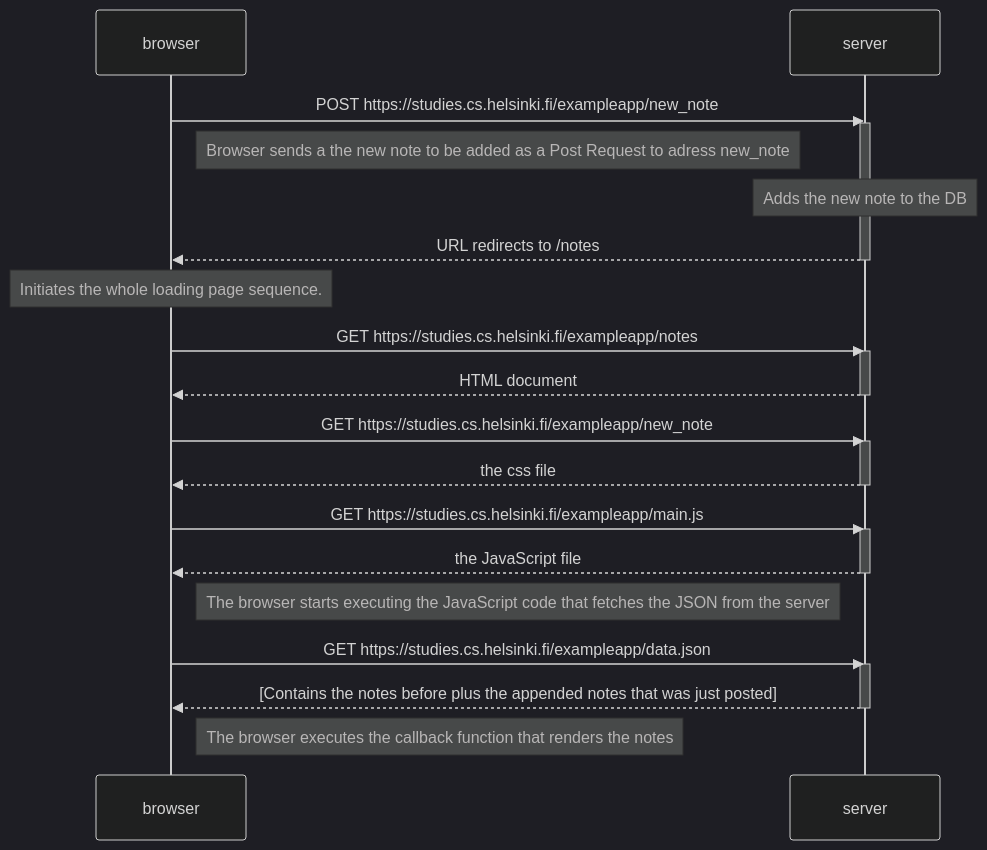
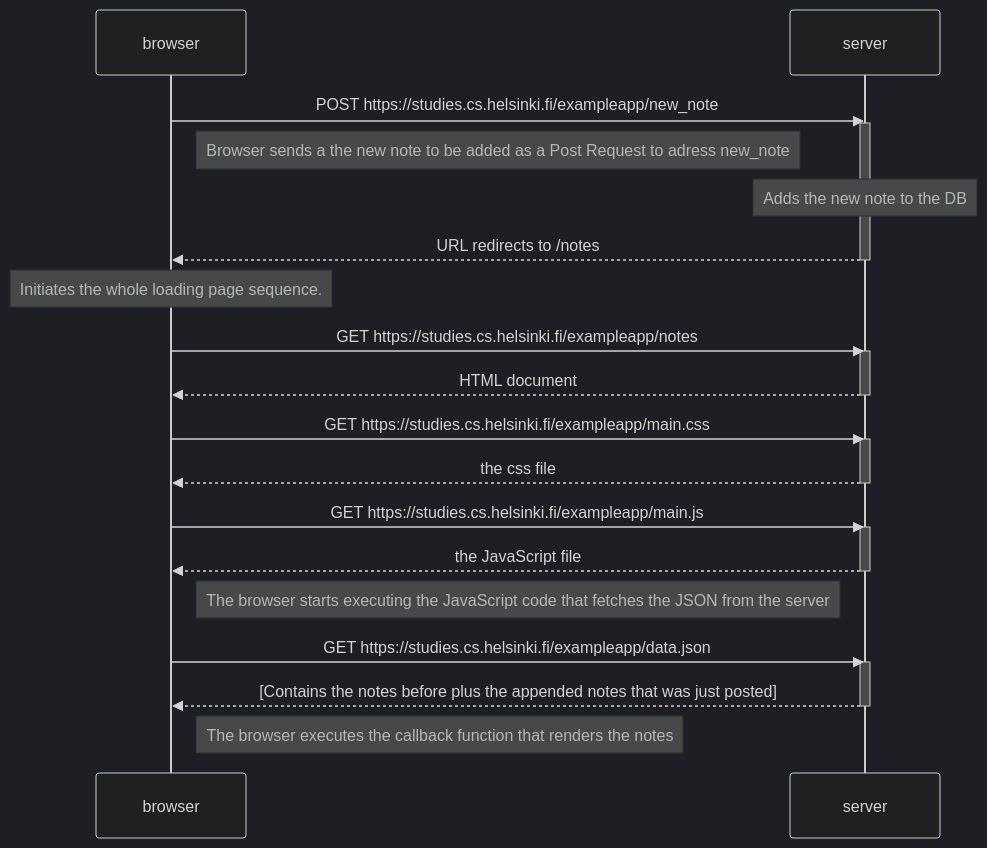
One commit to AntonioIIOlaguer/FSO2023_submission_repo changed the diagram in part0/new_note_diagram.md. Above: the diagram before and after it, drawn with Mermaid (dark theme).

````diff
--- a/part0/new_note_diagram.md
+++ b/part0/new_note_diagram.md
@@ -1,39 +1,39 @@
 ```mermaid
 sequenceDiagram
     participant browser
     participant server
 
     browser->>server: POST https://studies.cs.helsinki.fi/exampleapp/new_note
     activate server
     Note right of browser: Browser sends a the new note to be added as a Post Request to adress new_note
     Note over server: Adds the new note to the DB
     server-->>browser: URL redirects to /notes
     deactivate server
     
     Note over browser: Initiates the whole loading page sequence.
     
     browser->>server: GET https://studies.cs.helsinki.fi/exampleapp/notes
     activate server
     server-->>browser: HTML document
     deactivate server
 
-    browser->>server: GET https://studies.cs.helsinki.fi/exampleapp/new_note
+    browser->>server: GET https://studies.cs.helsinki.fi/exampleapp/main.css
     activate server
     server-->>browser: the css file
     deactivate server
 
     browser->>server: GET https://studies.cs.helsinki.fi/exampleapp/main.js
     activate server
     server-->>browser: the JavaScript file
     deactivate server
 
     Note right of browser: The browser starts executing the JavaScript code that fetches the JSON from the server
 
     browser->>server: GET https://studies.cs.helsinki.fi/exampleapp/data.json
     activate server
     server-->>browser: [Contains the notes before plus the appended notes that was just posted]
     deactivate server
 
     Note right of browser: The browser executes the callback function that renders the notes
  
 ```
````
